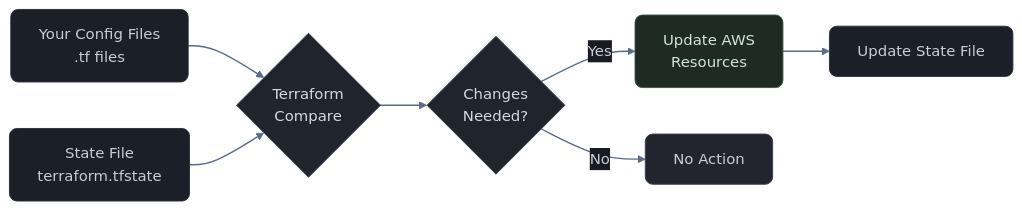
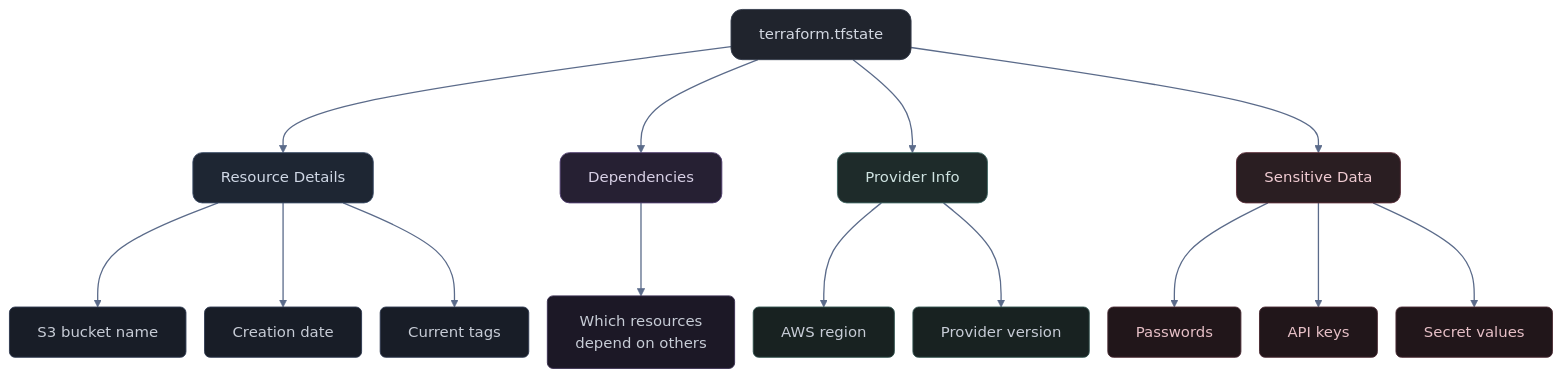
The diagram in docs/05-tf-state-working.md (ijas9118/learn-terraform), drawn with Mermaid before and after one commit. The commit also changed 3 other files, not shown here.

Commit message:
Enhance documentation with flowcharts for Terraform state management and remote backend initialization

````diff
--- a/docs/05-tf-state-working.md
+++ b/docs/05-tf-state-working.md
@@ -1,55 +1,73 @@
 ```mermaid
 %%{init: {
   "theme": "base",
   "themeVariables": {
-    "background": "#0f1115",
     "primaryColor": "#1c1f26",
     "primaryTextColor": "#c7ccd6",
     "primaryBorderColor": "#2a2f3a",
-
-    "secondaryColor": "#181b22",
-    "tertiaryColor": "#151820",
-
     "lineColor": "#5b6b8a",
     "textColor": "#c7ccd6",
-
-    "fontFamily": "Inter, Segoe UI, Arial",
-
-    "clusterBkg": "#141720",
-    "clusterBorder": "#2a2f3a"
+    "fontFamily": "Inter, Segoe UI, Arial"
+  },
+  "flowchart": {
+    "nodeSpacing": 20,
+    "rankSpacing": 100
   }
 }}%%
 
-flowchart LR
+flowchart TD
 
-A["Your Config Files<br/>.tf files"]
-C["State File<br/>terraform.tfstate"]
+A["terraform.tfstate"]
 
-B{"Terraform<br/>Compare"}
-D{"Changes<br/>Needed?"}
-
-E["Update AWS<br/>Resources"]
-F["No Action"]
-G["Update State File"]
+B["Resource Details"]
+C["Dependencies"]
+D["Provider Info"]
+E["Sensitive Data"]
 
 A --> B
-C --> B
-B --> D
-D -->|Yes| E
-D -->|No| F
-E --> G
+A --> C
+A --> D
+A --> E
 
-%% Node styling
-style A fill:#1b1f27,stroke:#2a2f3a,color:#c7ccd6,rx:8,ry:8
-style C fill:#1b1f27,stroke:#2a2f3a,color:#c7ccd6,rx:8,ry:8
+B --> B1["S3 bucket name"]
+B --> B2["Creation date"]
+B --> B3["Current tags"]
 
-style B fill:#20242d,stroke:#3a4150,color:#d3d8e2,rx:10,ry:10
-style D fill:#20242d,stroke:#3a4150,color:#d3d8e2,rx:10,ry:10
+C --> C1["Which resources<br/>depend on others"]
 
-style E fill:#1f2a24,stroke:#3a5a4a,color:#cfe5da,rx:8,ry:8
-style F fill:#22252d,stroke:#3a4150,color:#c7ccd6,rx:8,ry:8
-style G fill:#1b1f27,stroke:#2a2f3a,color:#c7ccd6,rx:8,ry:8
+D --> D1["AWS region"]
+D --> D2["Provider version"]
 
-%% Arrow + label styling
-linkStyle default stroke:#5b6b8a,stroke-width:1.5px
+E --> E1["Passwords"]
+E --> E2["API keys"]
+E --> E3["Secret values"]
+
+%% Root
+style A fill:#20242d,stroke:#3a4150,color:#d3d8e2,rx:12,ry:12
+
+%% Level 1 — Categories
+style B fill:#1e2633,stroke:#3b4b66,color:#d0d8e6,rx:10,ry:10
+style C fill:#262033,stroke:#514070,color:#d8d0e6,rx:10,ry:10
+style D fill:#1e2b2a,stroke:#3f6661,color:#cfe3e1,rx:10,ry:10
+style E fill:#2a1e22,stroke:#5a2e38,color:#f0cbd2,rx:10,ry:10
+
+%% Level 2 — Resource Details (blue shadow)
+style B1 fill:#181d27,stroke:#2f3a50,color:#c7ccd6,rx:6,ry:6
+style B2 fill:#181d27,stroke:#2f3a50,color:#c7ccd6,rx:6,ry:6
+style B3 fill:#181d27,stroke:#2f3a50,color:#c7ccd6,rx:6,ry:6
+
+%% Level 2 — Dependencies (purple shadow)
+style C1 fill:#1c1826,stroke:#3a2f50,color:#c7ccd6,rx:6,ry:6
+
+%% Level 2 — Provider Info (teal shadow)
+style D1 fill:#182221,stroke:#2f504c,color:#c7ccd6,rx:6,ry:6
+style D2 fill:#182221,stroke:#2f504c,color:#c7ccd6,rx:6,ry:6
+
+%% Level 2 — Sensitive (rose shadow)
+style E1 fill:#21161a,stroke:#4a2a33,color:#e6bfc6,rx:6,ry:6
+style E2 fill:#21161a,stroke:#4a2a33,color:#e6bfc6,rx:6,ry:6
+style E3 fill:#21161a,stroke:#4a2a33,color:#e6bfc6,rx:6,ry:6
+
+%% Arrows
+linkStyle default stroke:#5b6b8a,stroke-width:1.4px
 ```
````
